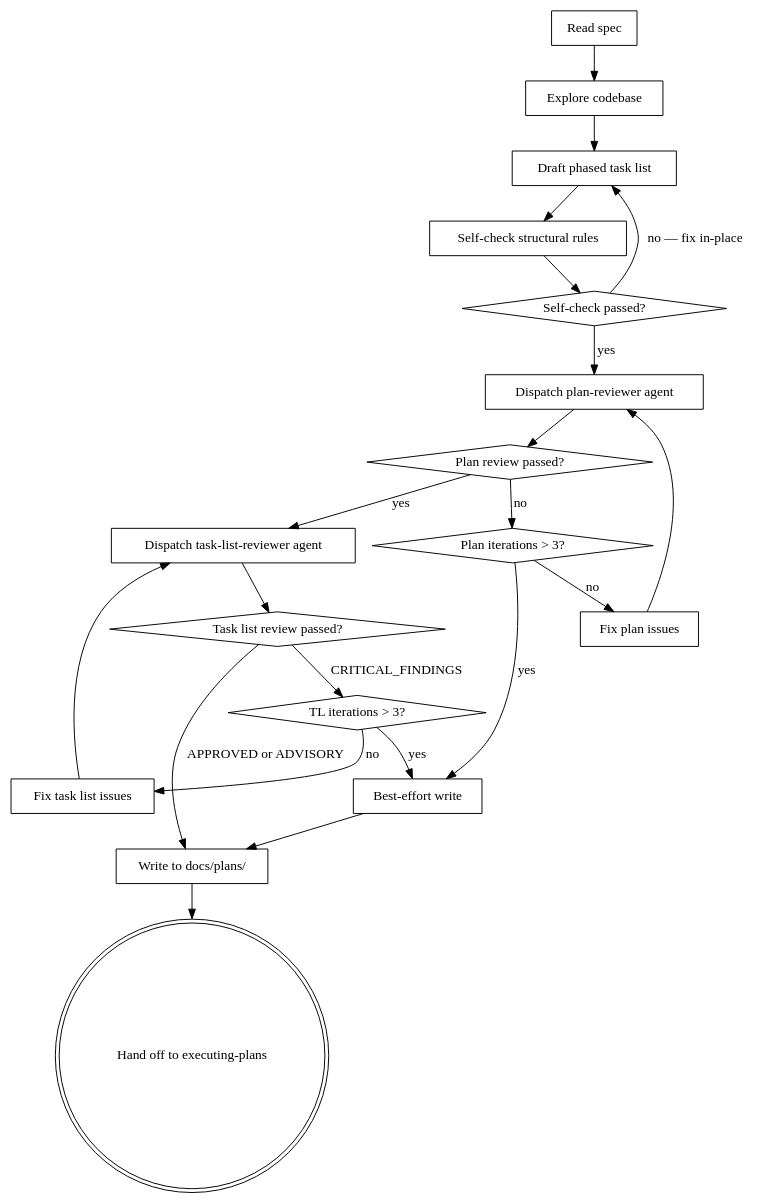
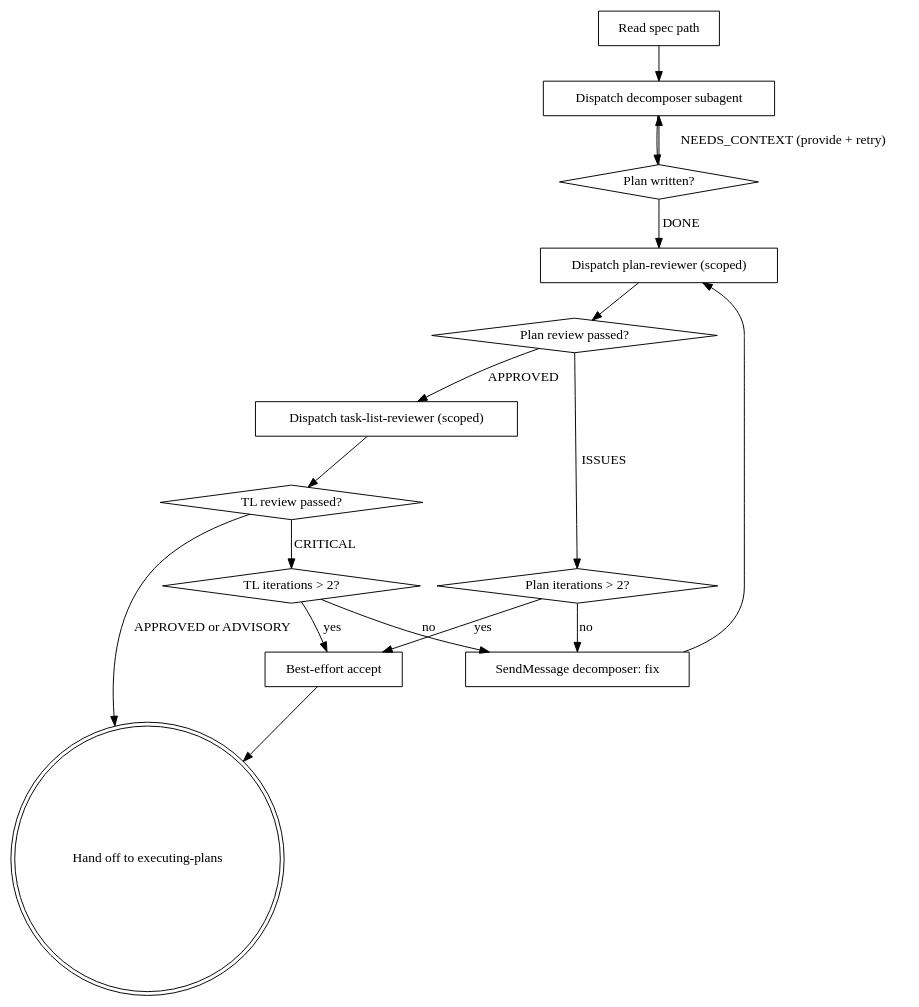
One commit to xmtplabs/code-factory changed the diagram in skills/decomposing-specs/SKILL.md. Above: the diagram before and after it, drawn with Graphviz. The commit also changed other lines of this file and 17 other files, not shown here.

````diff
--- a/skills/decomposing-specs/SKILL.md
+++ b/skills/decomposing-specs/SKILL.md
@@ -12,41 +18,34 @@
 ```dot
 digraph decompose {
-    "Read spec" [shape=box];
-    "Explore codebase" [shape=box];
-    "Draft phased task list" [shape=box];
-    "Self-check structural rules" [shape=box];
-    "Self-check passed?" [shape=diamond];
-    "Dispatch plan-reviewer agent" [shape=box];
+    "Read spec path" [shape=box];
+    "Dispatch decomposer subagent" [shape=box];
+    "Plan written?" [shape=diamond];
+    "Dispatch plan-reviewer (scoped)" [shape=box];
     "Plan review passed?" [shape=diamond];
-    "Fix plan issues" [shape=box];
-    "Plan iterations > 3?" [shape=diamond];
-    "Dispatch task-list-reviewer agent" [shape=box];
-    "Task list review passed?" [shape=diamond];
-    "Fix task list issues" [shape=box];
-    "TL iterations > 3?" [shape=diamond];
-    "Best-effort write" [shape=box];
-    "Write to docs/plans/" [shape=box];
+    "SendMessage decomposer: fix" [shape=box];
+    "Plan iterations > 2?" [shape=diamond];
+    "Dispatch task-list-reviewer (scoped)" [shape=box];
+    "TL review passed?" [shape=diamond];
+    "SendMessage decomposer: fix" [shape=box];
+    "TL iterations > 2?" [shape=diamond];
+    "Best-effort accept" [shape=box];
     "Hand off to executing-plans" [shape=doublecircle];
 
-    "Read spec" -> "Explore codebase";
-    "Explore codebase" -> "Draft phased task list";
-    "Draft phased task list" -> "Self-check structural rules";
-    "Self-check structural rules" -> "Self-check passed?";
-    "Self-check passed?" -> "Draft phased task list" [label="no — fix in-place"];
-    "Self-check passed?" -> "Dispatch plan-reviewer agent" [label="yes"];
-    "Dispatch plan-reviewer agent" -> "Plan review passed?";
-    "Plan review passed?" -> "Dispatch task-list-reviewer agent" [label="yes"];
-    "Plan review passed?" -> "Plan iterations > 3?" [label="no"];
-    "Plan iterations > 3?" -> "Fix plan issues" [label="no"];
-    "Plan iterations > 3?" -> "Best-effort write" [label="yes"];
-    "Fix plan issues" -> "Dispatch plan-reviewer agent";
-    "Dispatch task-list-reviewer agent" -> "Task list review passed?";
-    "Task list review passed?" -> "Write to docs/plans/" [label="APPROVED or ADVISORY"];
-    "Task list review passed?" -> "TL iterations > 3?" [label="CRITICAL_FINDINGS"];
-    "TL iterations > 3?" -> "Fix task list issues" [label="no"];
-    "TL iterations > 3?" -> "Best-effort write" [label="yes"];
-    "Fix task list issues" -> "Dispatch task-list-reviewer agent";
-    "Best-effort write" -> "Write to docs/plans/";
-    "Write to docs/plans/" -> "Hand off to executing-plans";
+    "Read spec path" -> "Dispatch decomposer subagent";
+    "Dispatch decomposer subagent" -> "Plan written?";
+    "Plan written?" -> "Dispatch plan-reviewer (scoped)" [label="DONE"];
+    "Plan written?" -> "Dispatch decomposer subagent" [label="NEEDS_CONTEXT (provide + retry)"];
+    "Dispatch plan-reviewer (scoped)" -> "Plan review passed?";
+    "Plan review passed?" -> "Dispatch task-list-reviewer (scoped)" [label="APPROVED"];
+    "Plan review passed?" -> "Plan iterations > 2?" [label="ISSUES"];
+    "Plan iterations > 2?" -> "SendMessage decomposer: fix" [label="no"];
+    "Plan iterations > 2?" -> "Best-effort accept" [label="yes"];
+    "SendMessage decomposer: fix" -> "Dispatch plan-reviewer (scoped)";
+    "Dispatch task-list-reviewer (scoped)" -> "TL review passed?";
+    "TL review passed?" -> "Hand off to executing-plans" [label="APPROVED or ADVISORY"];
+    "TL review passed?" -> "TL iterations > 2?" [label="CRITICAL"];
+    "TL iterations > 2?" -> "SendMessage decomposer: fix" [label="no"];
+    "TL iterations > 2?" -> "Best-effort accept" [label="yes"];
+    "Best-effort accept" -> "Hand off to executing-plans";
 }
 ```
````
